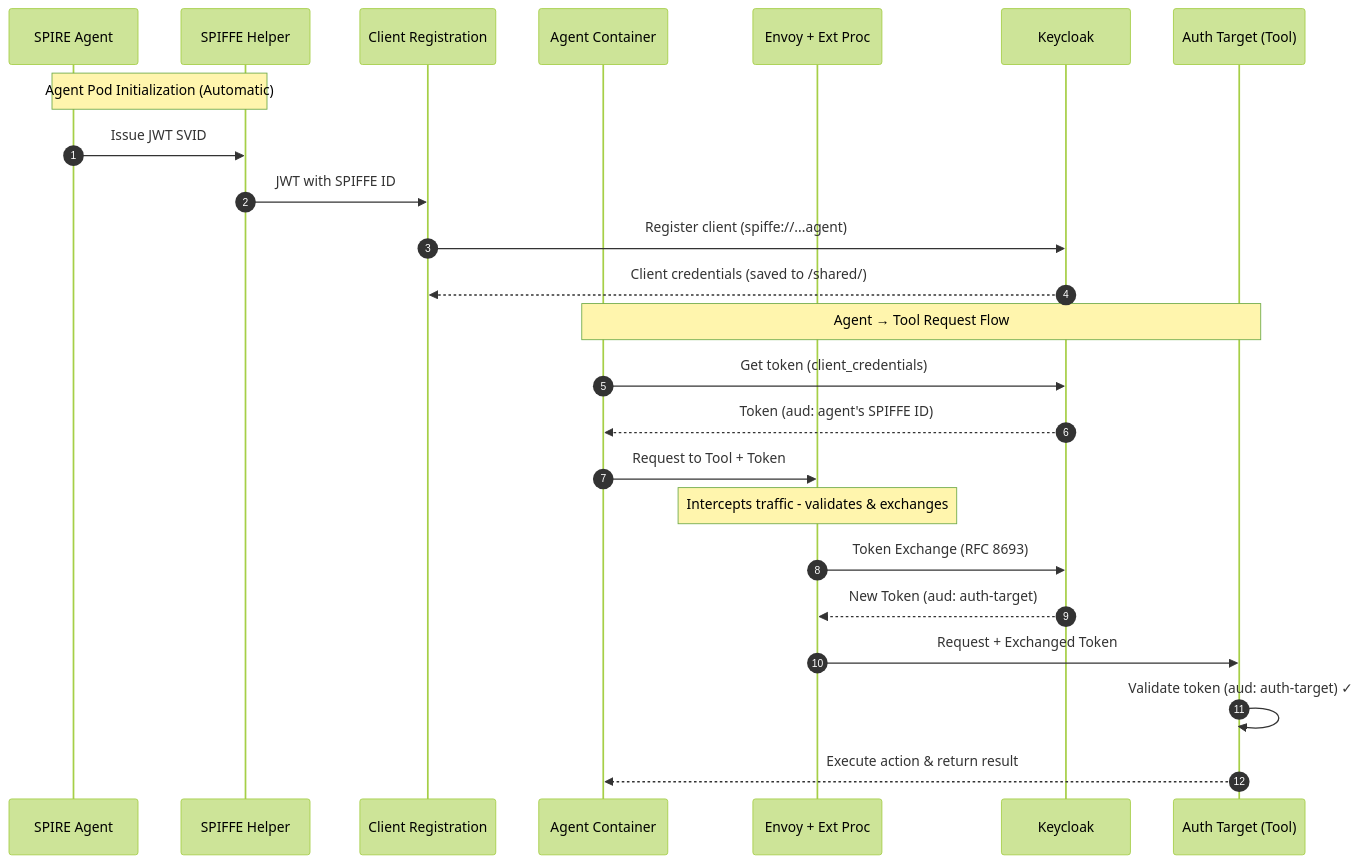
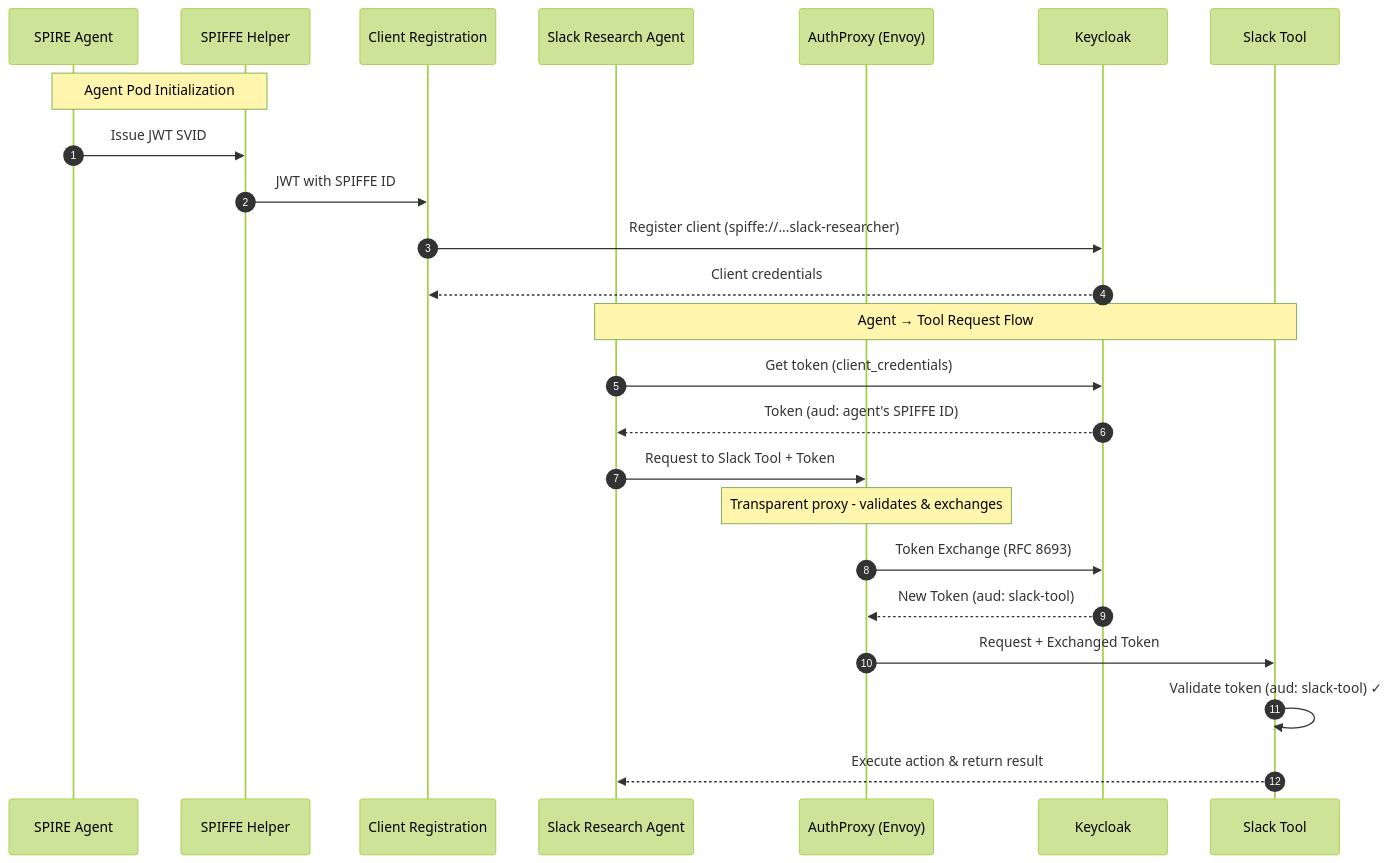
One commit to mrsabath/kagenti-extensions changed the fourth of 10 diagrams in AuthBridge/BLOG-agentic.md. Above: the diagram before and after it, drawn with Mermaid (forest theme). The commit also changed other lines of this file, not shown here.

Commit message:
AuthBridge Blog

````diff
--- a/AuthBridge/BLOG-agentic.md
+++ b/AuthBridge/BLOG-agentic.md
@@ -247,31 +247,31 @@
 ```mermaid
 sequenceDiagram
     autonumber
     participant SPIRE as SPIRE Agent
     participant Helper as SPIFFE Helper
     participant Reg as Client Registration
-    participant Agent as Agent Container
-    participant Envoy as Envoy + Ext Proc
+    participant Agent as Slack Research Agent
+    participant Proxy as AuthProxy (Envoy)
     participant KC as Keycloak
-    participant Tool as Auth Target (Tool)
+    participant Tool as Slack Tool
 
-    Note over Helper,SPIRE: Agent Pod Initialization (Automatic)
+    Note over Helper,SPIRE: Agent Pod Initialization
     SPIRE->>Helper: Issue JWT SVID
     Helper->>Reg: JWT with SPIFFE ID
-    Reg->>KC: Register client (spiffe://...agent)
-    KC-->>Reg: Client credentials (saved to /shared/)
+    Reg->>KC: Register client (spiffe://...slack-researcher)
+    KC-->>Reg: Client credentials
 
     Note over Agent,Tool: Agent → Tool Request Flow
     Agent->>KC: Get token (client_credentials)
     KC-->>Agent: Token (aud: agent's SPIFFE ID)
     
-    Agent->>Envoy: Request to Tool + Token
-    Note over Envoy: Intercepts traffic - validates & exchanges
+    Agent->>Proxy: Request to Slack Tool + Token
+    Note over Proxy: Transparent proxy - validates & exchanges
     
-    Envoy->>KC: Token Exchange (RFC 8693)
-    KC-->>Envoy: New Token (aud: auth-target)
+    Proxy->>KC: Token Exchange (RFC 8693)
+    KC-->>Proxy: New Token (aud: slack-tool)
     
-    Envoy->>Tool: Request + Exchanged Token
-    Tool->>Tool: Validate token (aud: auth-target) ✓
+    Proxy->>Tool: Request + Exchanged Token
+    Tool->>Tool: Validate token (aud: slack-tool) ✓
     Tool-->>Agent: Execute action & return result
 ```
````
